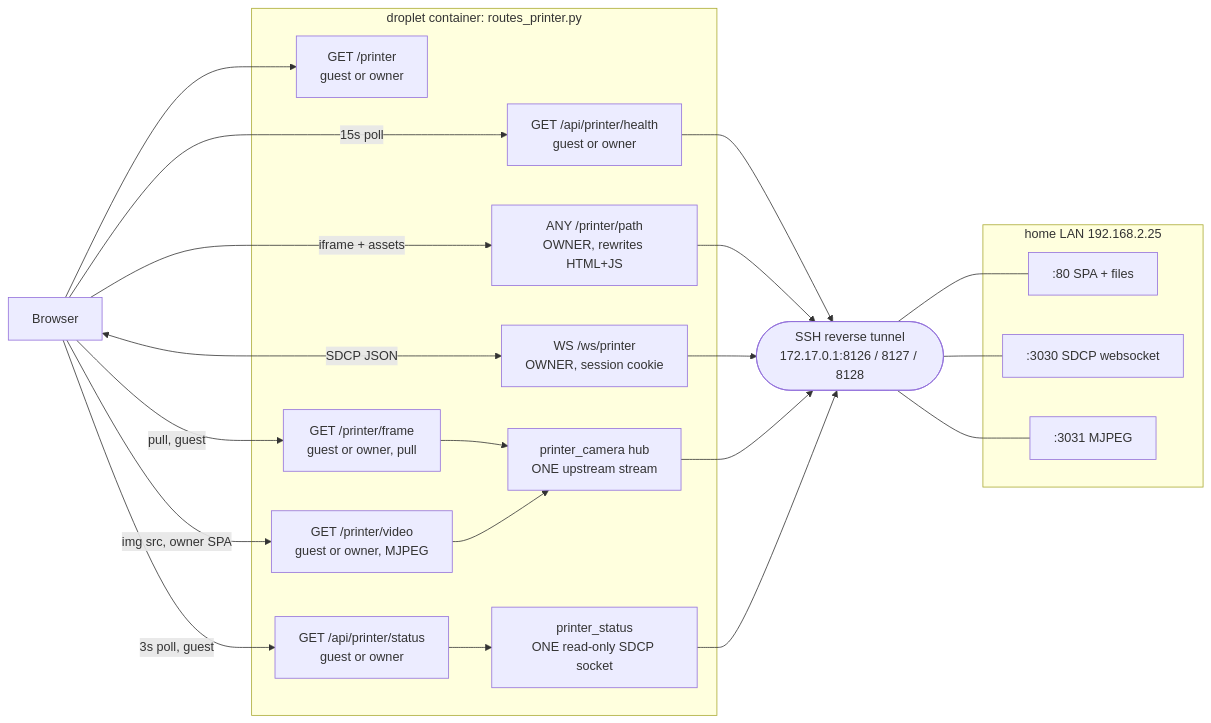
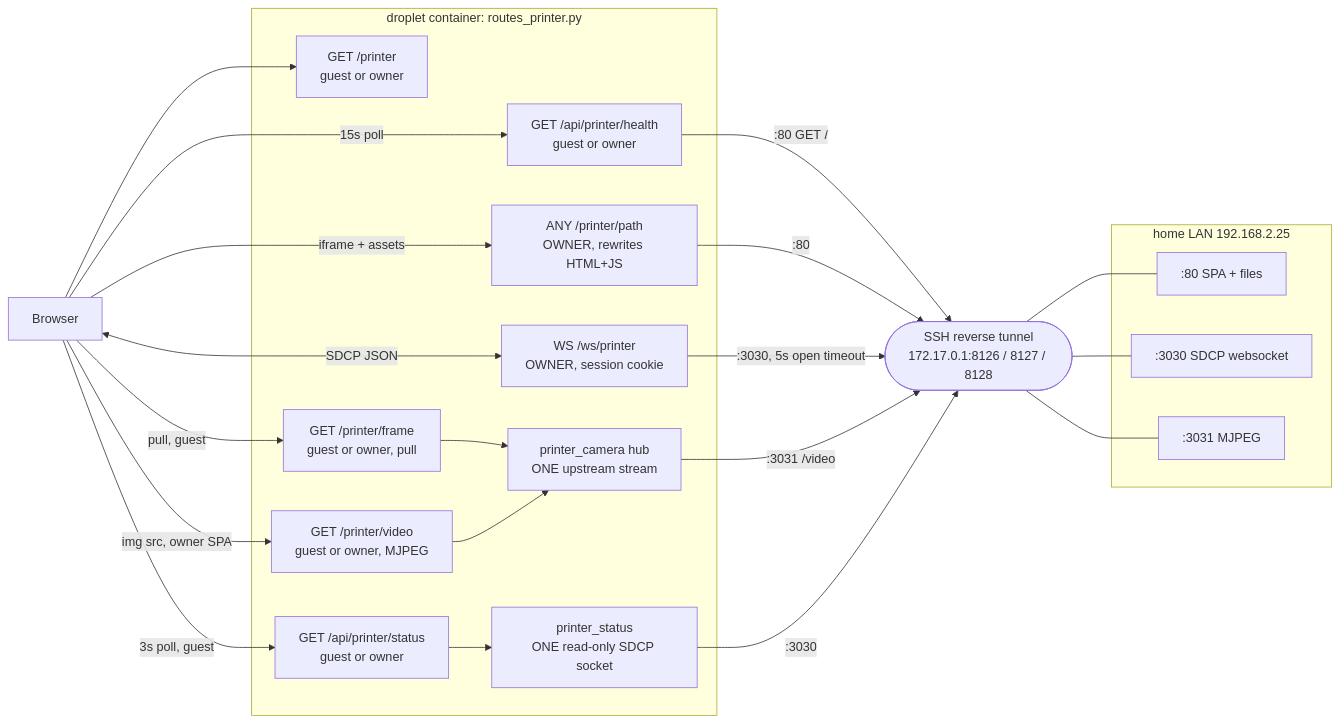
Before and after one commit to wai-lau/exec-fn: the diagram in docs/arch/06-printer-proxy.mmd, drawn with Mermaid. The commit also changed 42 other files, not shown here.

```diff
--- a/docs/arch/06-printer-proxy.mmd
+++ b/docs/arch/06-printer-proxy.mmd
@@ -1,37 +1,37 @@
 flowchart LR
   browser["Browser"]
   subgraph droplet["droplet container: routes_printer.py"]
     page["GET /printer<br/>guest or owner"]
     health["GET /api/printer/health<br/>guest or owner"]
     status["GET /api/printer/status<br/>guest or owner"]
     frame["GET /printer/frame<br/>guest or owner, pull"]
     video["GET /printer/video<br/>guest or owner, MJPEG"]
     http["ANY /printer/path<br/>OWNER, rewrites HTML+JS"]
     ws["WS /ws/printer<br/>OWNER, session cookie"]
     hub["printer_camera hub<br/>ONE upstream stream"]
     sdcp["printer_status<br/>ONE read-only SDCP socket"]
   end
   tunnel(["SSH reverse tunnel<br/>172.17.0.1:8126 / 8127 / 8128"])
   subgraph lan["home LAN 192.168.2.25"]
     p80[":80 SPA + files"]
     p3030[":3030 SDCP websocket"]
     p3031[":3031 MJPEG"]
   end
   browser --> page
   browser -->|"15s poll"| health
   browser -->|"3s poll, guest"| status
   browser -->|"pull, guest"| frame
   browser -->|"img src, owner SPA"| video
   browser -->|"iframe + assets"| http
   browser <-->|SDCP JSON| ws
   status --> sdcp
   frame --> hub
   video --> hub
-  health --> tunnel
-  http --> tunnel
-  ws --> tunnel
-  hub --> tunnel
-  sdcp --> tunnel
+  health -->|":80 GET /"| tunnel
+  http -->|":80"| tunnel
+  ws -->|":3030, 5s open timeout"| tunnel
+  hub -->|":3031 /video"| tunnel
+  sdcp -->|":3030"| tunnel
   tunnel --- p80
   tunnel --- p3030
   tunnel --- p3031
```
